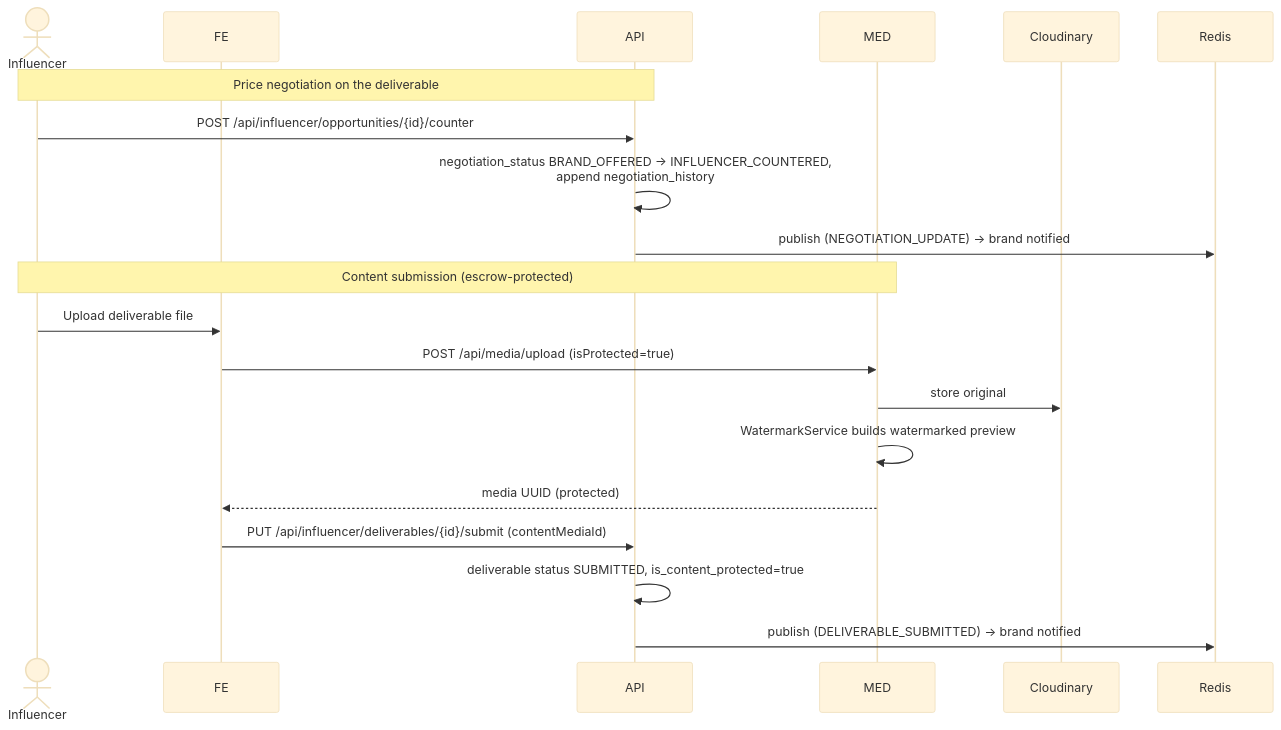
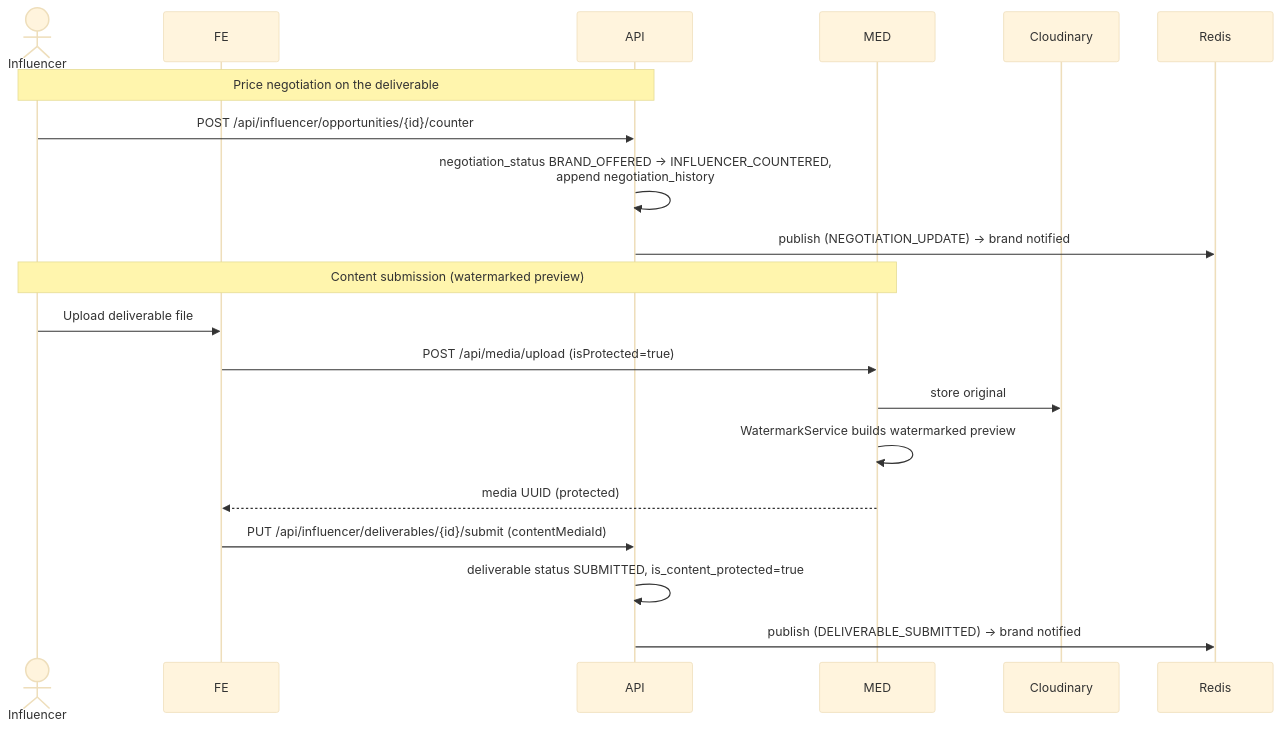
The third of 6 diagrams in FLOWS.md (srajan1234/influencehub-design), drawn with Mermaid (base theme) before and after one commit. The commit also changed other lines of this file and 3 other files, not shown here.

````diff
--- a/FLOWS.md
+++ b/FLOWS.md
@@ -68,22 +68,22 @@
 ```mermaid
 sequenceDiagram
     actor Influencer
     participant FE
     participant API
     participant MED
     participant Cloudinary
     participant Redis
     Note over Influencer,API: Price negotiation on the deliverable
     Influencer->>API: POST /api/influencer/opportunities/{id}/counter
     API->>API: negotiation_status BRAND_OFFERED → INFLUENCER_COUNTERED,<br/>append negotiation_history
     API->>Redis: publish (NEGOTIATION_UPDATE) → brand notified
-    Note over Influencer,MED: Content submission (escrow-protected)
+    Note over Influencer,MED: Content submission (watermarked preview)
     Influencer->>FE: Upload deliverable file
     FE->>MED: POST /api/media/upload (isProtected=true)
     MED->>Cloudinary: store original
     MED->>MED: WatermarkService builds watermarked preview
     MED-->>FE: media UUID (protected)
     FE->>API: PUT /api/influencer/deliverables/{id}/submit (contentMediaId)
     API->>API: deliverable status SUBMITTED, is_content_protected=true
     API->>Redis: publish (DELIVERABLE_SUBMITTED) → brand notified
 ```
````
